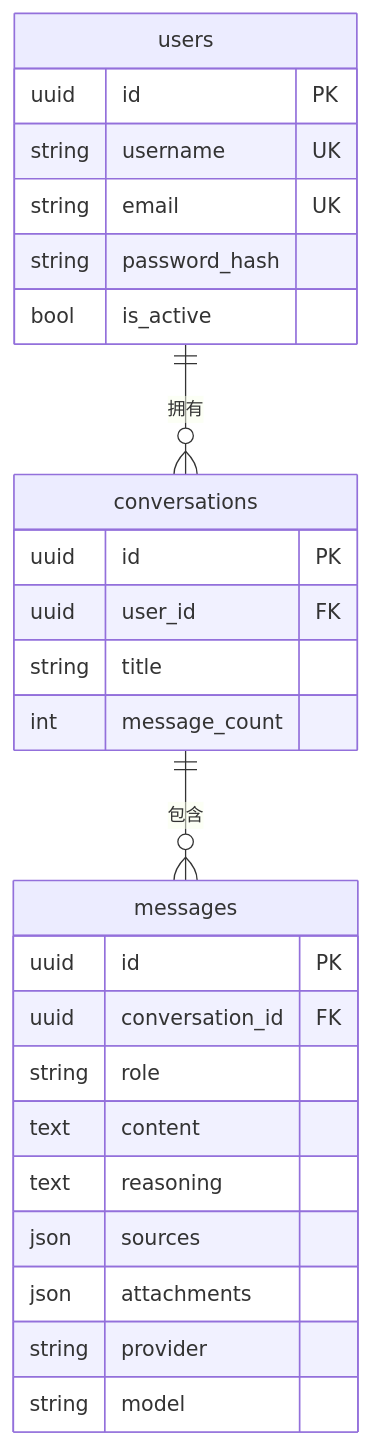
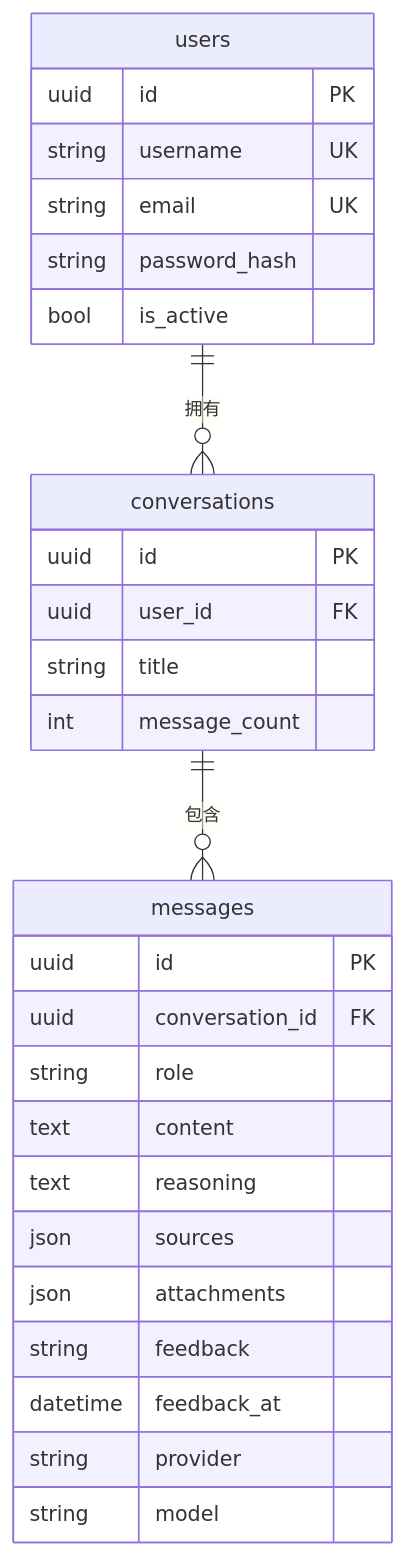
The diagram in docs/database.md (HoarHam/Bidding_QA_Chatbot), drawn with Mermaid before and after one commit. The commit also changed other lines of this file and 20 other files, not shown here.

````diff
--- a/docs/database.md
+++ b/docs/database.md
@@ -73,30 +73,32 @@
 ```mermaid
 erDiagram
     users ||--o{ conversations : 拥有
     conversations ||--o{ messages : 包含
 
     users {
         uuid id PK
         string username UK
         string email UK
         string password_hash
         bool is_active
     }
     conversations {
         uuid id PK
         uuid user_id FK
         string title
         int message_count
     }
     messages {
         uuid id PK
         uuid conversation_id FK
         string role
         text content
         text reasoning
         json sources
         json attachments
+        string feedback
+        datetime feedback_at
         string provider
         string model
     }
 ```
````
